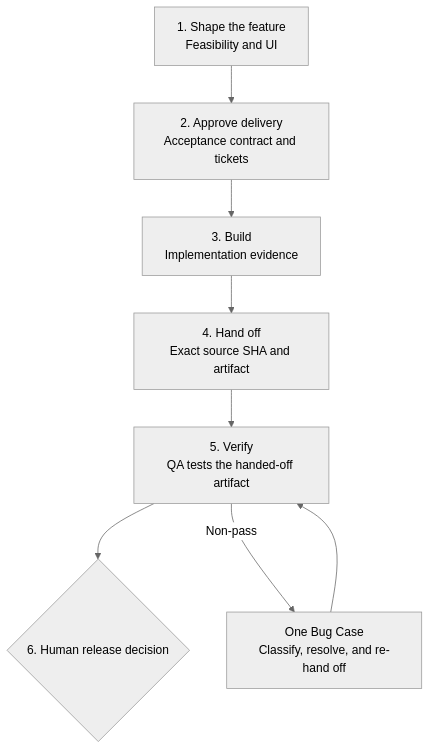
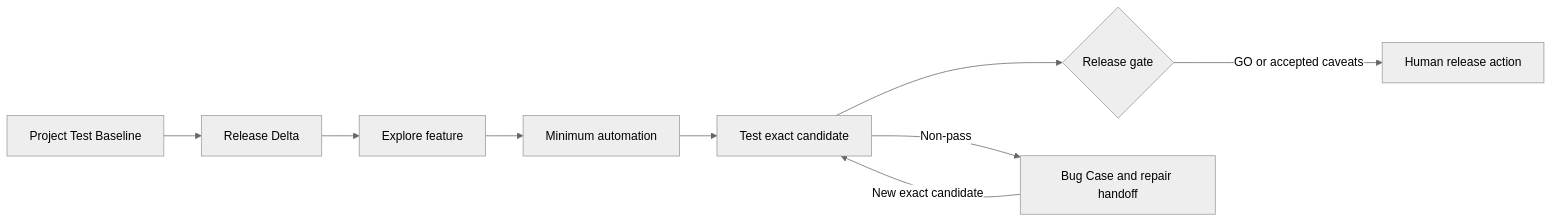
The diagram in README.md (haru3613/harness-ship), drawn with Mermaid (neutral theme) before and after one commit. The commit also changed other lines of this file and 30 other files, not shown here.

````diff
--- a/README.md
+++ b/README.md
@@ -76,14 +59,16 @@
 ```mermaid
-flowchart TD
-    A[1. Shape the feature<br/>Feasibility and UI]
-    B[2. Approve delivery<br/>Acceptance contract and tickets]
-    C[3. Build<br/>Implementation evidence]
-    D[4. Hand off<br/>Exact source SHA and artifact]
-    E[5. Verify<br/>QA tests the handed-off artifact]
-    F{6. Human release decision}
-    G[One Bug Case<br/>Classify, resolve, and re-hand off]
+flowchart LR
+    A[Project Test Baseline]
+    B[Release Delta]
+    C[Explore feature]
+    D[Minimum automation]
+    E[Test exact candidate]
+    F{Release gate}
+    G[Human release action]
+    H[Bug Case and repair handoff]
 
     A --> B --> C --> D --> E --> F
-    E -->|Non-pass| G
-    G --> E
+    F -->|GO or accepted caveats| G
+    E -->|Non-pass| H
+    H -->|New exact candidate| E
 ```
````
